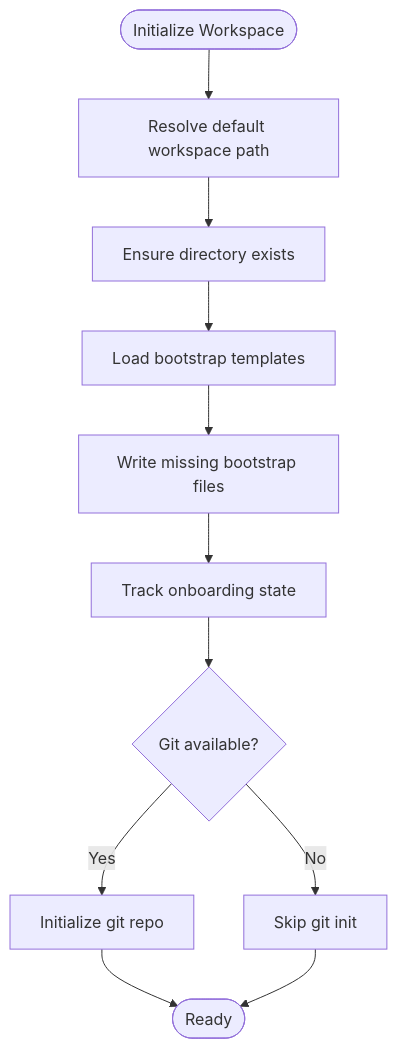
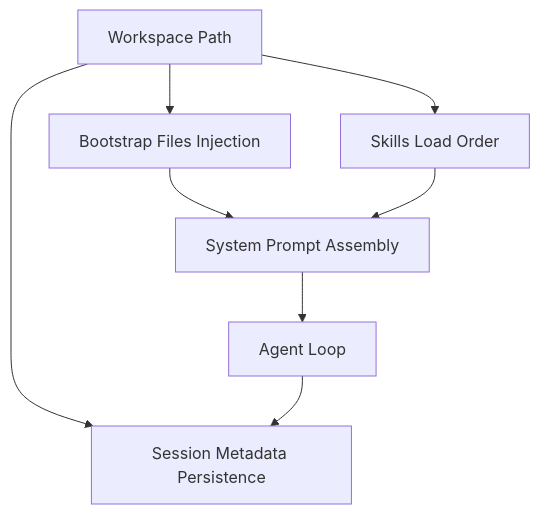
The third of 12 diagrams in repowiki/en/content/Agent System/Agent System.md (botx-work/OpenClaw-Internals), drawn with Mermaid before and after one commit. The commit also changed other lines of this file and 332 other files, not shown here.

````diff
--- a/repowiki/en/content/Agent System/Agent System.md
+++ b/repowiki/en/content/Agent System/Agent System.md
@@ -204,13 +152,10 @@
 ```mermaid
 flowchart TD
-Start(["Initialize Workspace"]) --> Resolve["Resolve default workspace path"]
-Resolve --> Ensure["Ensure directory exists"]
-Ensure --> LoadTemplates["Load bootstrap templates"]
-LoadTemplates --> WriteMissing["Write missing bootstrap files"]
-WriteMissing --> TrackState["Track onboarding state"]
-TrackState --> GitInit{"Git available?"}
-GitInit --> |Yes| InitRepo["Initialize git repo"]
-GitInit --> |No| Skip["Skip git init"]
-InitRepo --> Done(["Ready"])
-Skip --> Done
+WS["Workspace Path"] --> BS["Bootstrap Files Injection"]
+WS --> SK["Skills Load Order"]
+WS --> SM["Session Metadata Persistence"]
+BS --> CTX["System Prompt Assembly"]
+SK --> CTX
+CTX --> RUN["Agent Loop"]
+RUN --> SM
 ```
````
